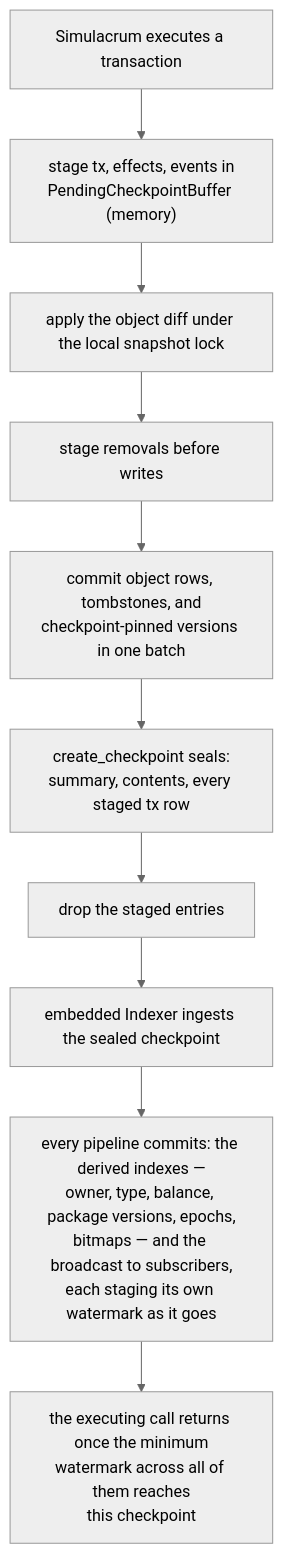
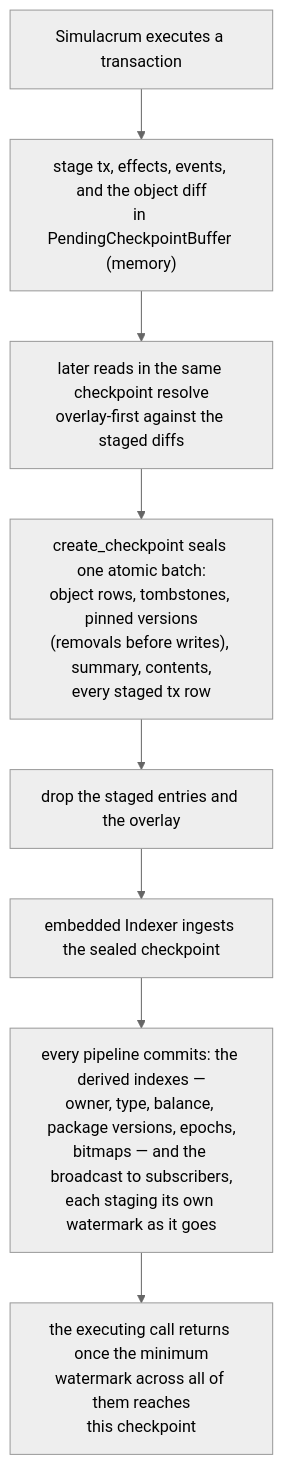
The seventh of 7 diagrams in crates/sui-fork/design/workflow.md (MystenLabs/sui), drawn with Mermaid (neutral theme) before and after one commit. The commit also changed other lines of this file and 7 other files, not shown here.

First line of the commit message:
[sui-fork] Seal each checkpoint in one atomic batch behind a pending-object overlay

````diff
--- a/crates/sui-fork/design/workflow.md
+++ b/crates/sui-fork/design/workflow.md
@@ -224,12 +228,10 @@
 ```mermaid
 flowchart TD
-    tx[Simulacrum executes a transaction] --> stage["stage tx, effects, events in<br/>PendingCheckpointBuffer (memory)"]
-    stage --> diff[apply the object diff under the local snapshot lock]
-    diff --> removals[stage removals before writes]
-    removals --> rows["commit object rows, tombstones, and<br/>checkpoint-pinned versions in one batch"]
-    rows --> seal["create_checkpoint seals:<br/>summary, contents, every staged tx row"]
-    seal --> clear[drop the staged entries]
+    tx[Simulacrum executes a transaction] --> stage["stage tx, effects, events, and the object diff<br/>in PendingCheckpointBuffer (memory)"]
+    stage --> overlay["later reads in the same checkpoint resolve<br/>overlay-first against the staged diffs"]
+    overlay --> seal["create_checkpoint seals one atomic batch:<br/>object rows, tombstones, pinned versions<br/>(removals before writes), summary, contents,<br/>every staged tx row"]
+    seal --> clear[drop the staged entries and the overlay]
     clear --> ingest[embedded Indexer ingests the sealed checkpoint]
     ingest --> derived["every pipeline commits: the derived indexes —<br/>owner, type, balance, package versions, epochs,<br/>bitmaps — and the broadcast to subscribers,<br/>each staging its own watermark as it goes"]
     derived --> wm["the executing call returns once the minimum<br/>watermark across all of them reaches<br/>this checkpoint"]
 ```
````
